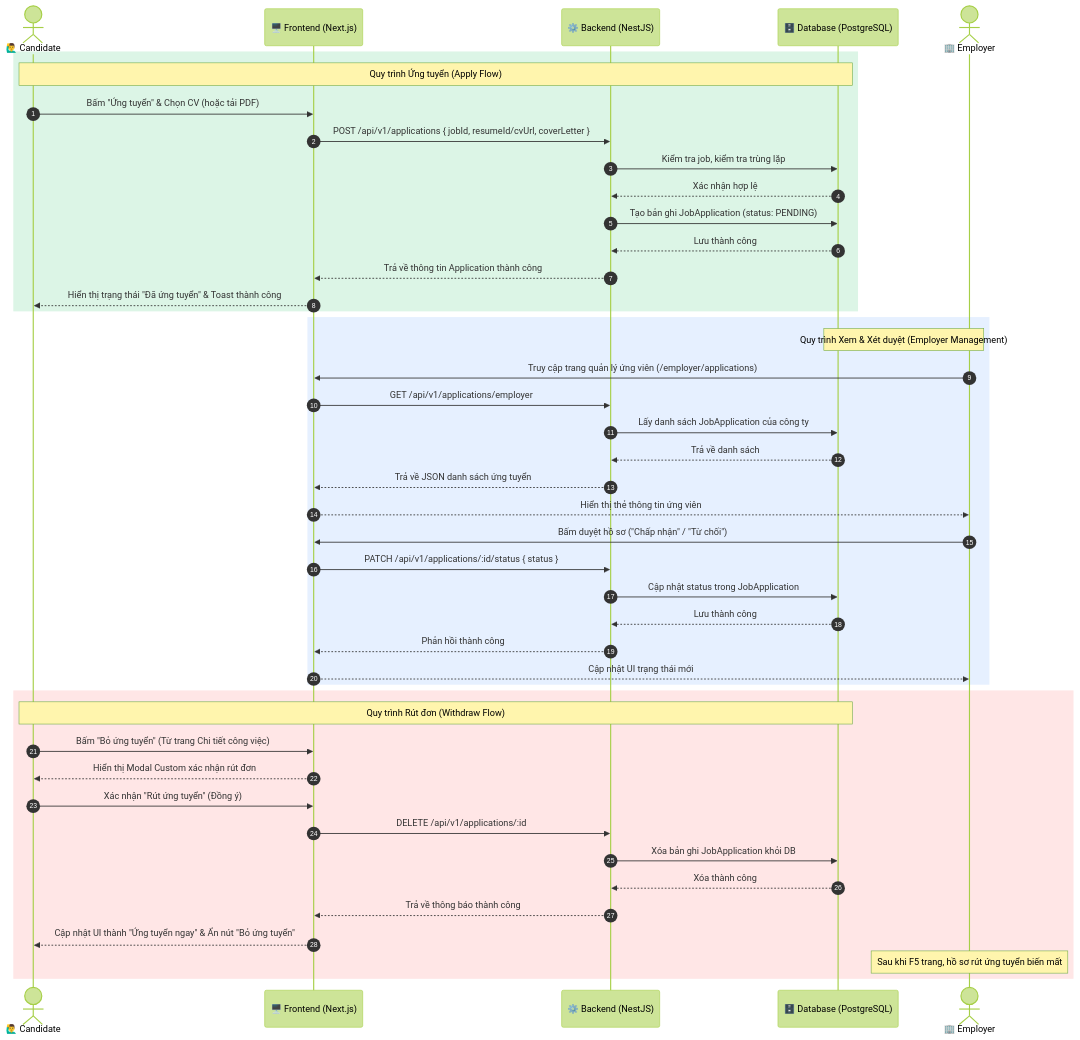
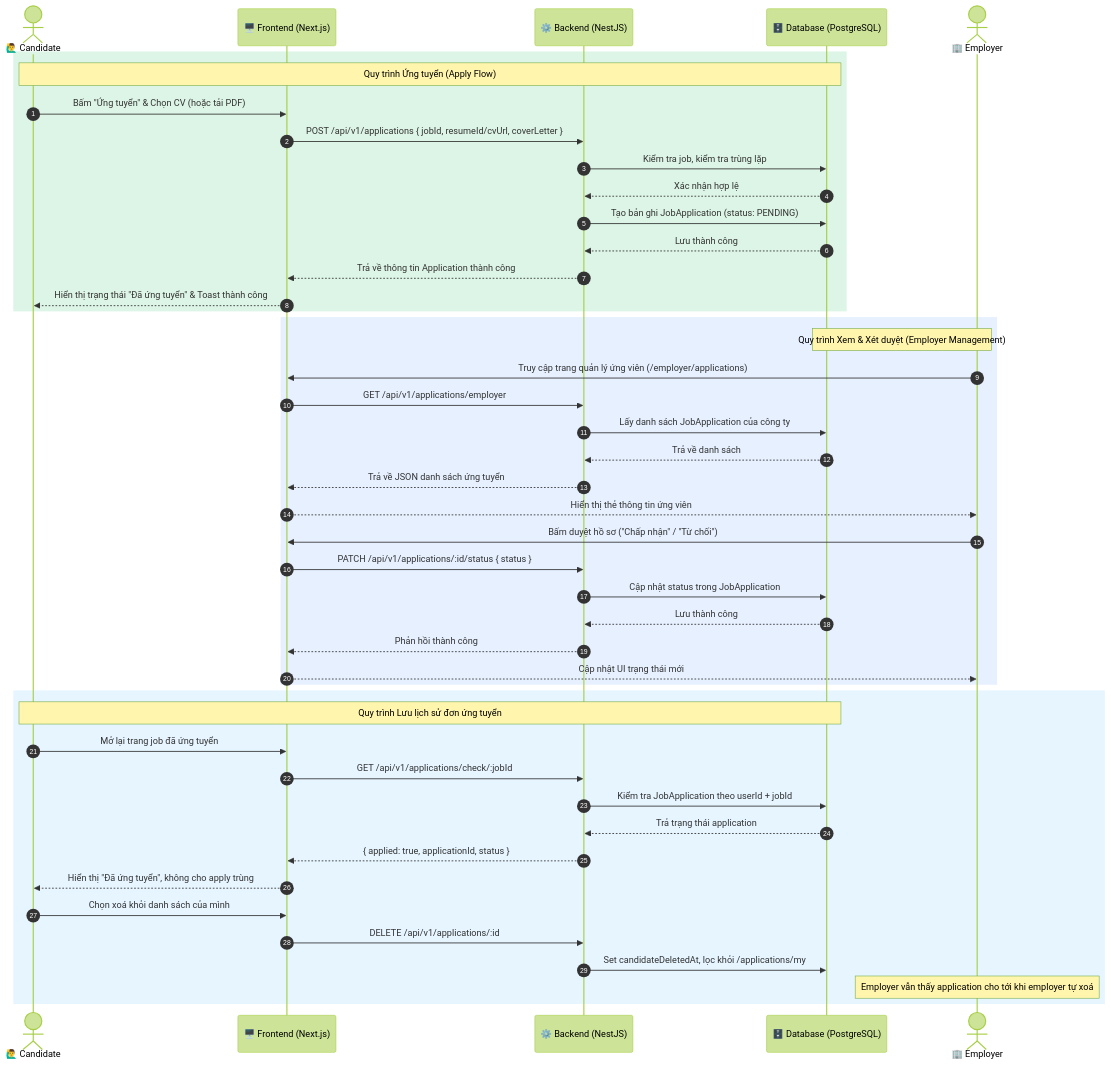
The first of 3 diagrams in docs/cv.md (Hieuej147/job-PhuQuoc), drawn with Mermaid (forest theme) before and after one commit. The commit also changed other lines of this file and 128 other files, not shown here.

````diff
--- a/docs/cv.md
+++ b/docs/cv.md
@@ -112,53 +113,54 @@
 ```mermaid
 sequenceDiagram
     autonumber
     actor Candidate as 🙋‍♂️ Candidate
     participant FE as 🖥️ Frontend (Next.js)
     participant BE as ⚙️ Backend (NestJS)
     participant DB as 🗄️ Database (PostgreSQL)
     actor Employer as 🏢 Employer
     
     %% Apply Flow
     rect rgb(220, 245, 230)
         Note over Candidate, DB: Quy trình Ứng tuyển (Apply Flow)
         Candidate->>FE: Bấm "Ứng tuyển" & Chọn CV (hoặc tải PDF)
         FE->>BE: POST /api/v1/applications { jobId, resumeId/cvUrl, coverLetter }
         BE->>DB: Kiểm tra job, kiểm tra trùng lặp
         DB-->>BE: Xác nhận hợp lệ
         BE->>DB: Tạo bản ghi JobApplication (status: PENDING)
         DB-->>BE: Lưu thành công
         BE-->>FE: Trả về thông tin Application thành công
         FE-->>Candidate: Hiển thị trạng thái "Đã ứng tuyển" & Toast thành công
     end
 
     %% Employer View
     rect rgb(230, 240, 255)
         Note over Employer, DB: Quy trình Xem & Xét duyệt (Employer Management)
         Employer->>FE: Truy cập trang quản lý ứng viên (/employer/applications)
         FE->>BE: GET /api/v1/applications/employer
         BE->>DB: Lấy danh sách JobApplication của công ty
         DB-->>BE: Trả về danh sách
         BE-->>FE: Trả về JSON danh sách ứng tuyển
         FE-->>Employer: Hiển thị thẻ thông tin ứng viên
         Employer->>FE: Bấm duyệt hồ sơ ("Chấp nhận" / "Từ chối")
         FE->>BE: PATCH /api/v1/applications/:id/status { status }
         BE->>DB: Cập nhật status trong JobApplication
         DB-->>BE: Lưu thành công
         BE-->>FE: Phản hồi thành công
         FE-->>Employer: Cập nhật UI trạng thái mới
     end
 
-    %% Withdraw Flow
-    rect rgb(255, 230, 230)
-        Note over Candidate, DB: Quy trình Rút đơn (Withdraw Flow)
-        Candidate->>FE: Bấm "Bỏ ứng tuyển" (Từ trang Chi tiết công việc)
-        FE-->>Candidate: Hiển thị Modal Custom xác nhận rút đơn
-        Candidate->>FE: Xác nhận "Rút ứng tuyển" (Đồng ý)
+    %% Retention Flow
+    rect rgb(230, 245, 255)
+        Note over Candidate, DB: Quy trình Lưu lịch sử đơn ứng tuyển
+        Candidate->>FE: Mở lại trang job đã ứng tuyển
+        FE->>BE: GET /api/v1/applications/check/:jobId
+        BE->>DB: Kiểm tra JobApplication theo userId + jobId
+        DB-->>BE: Trả trạng thái application
+        BE-->>FE: { applied: true, applicationId, status }
+        FE-->>Candidate: Hiển thị "Đã ứng tuyển", không cho apply trùng
+        Candidate->>FE: Chọn xoá khỏi danh sách của mình
         FE->>BE: DELETE /api/v1/applications/:id
-        BE->>DB: Xóa bản ghi JobApplication khỏi DB
-        DB-->>BE: Xóa thành công
-        BE-->>FE: Trả về thông báo thành công
-        FE-->>Candidate: Cập nhật UI thành "Ứng tuyển ngay" & Ẩn nút "Bỏ ứng tuyển"
-        Note over Employer: Sau khi F5 trang, hồ sơ rút ứng tuyển biến mất
+        BE->>DB: Set candidateDeletedAt, lọc khỏi /applications/my
+        Note over Employer: Employer vẫn thấy application cho tới khi employer tự xoá
     end
 ```
````
